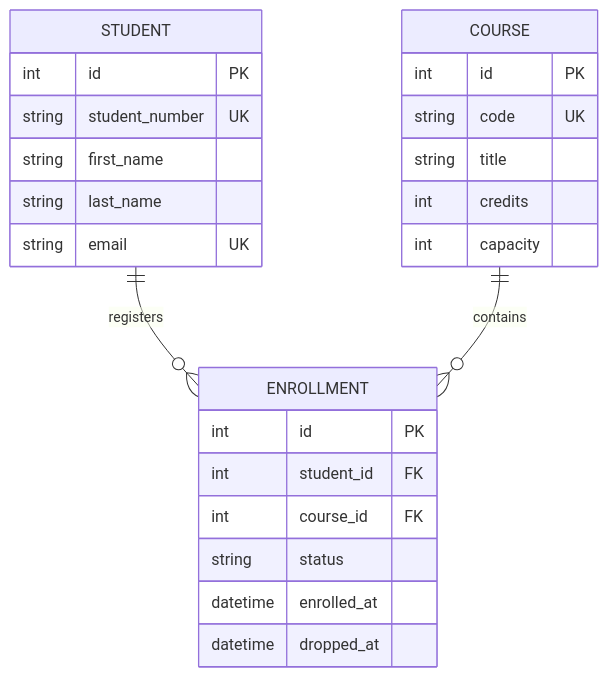
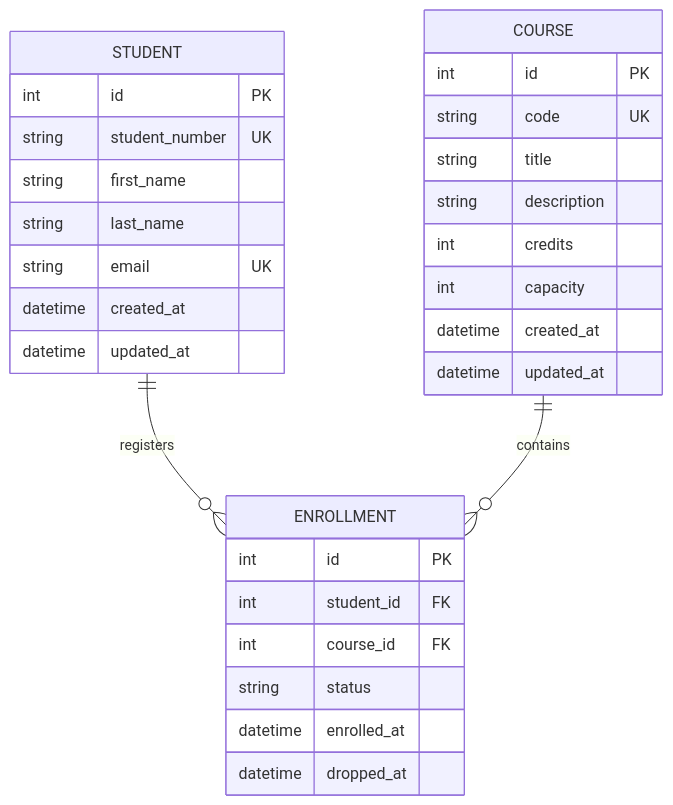
The first of 3 diagrams in README.md (PerpsAkach/course-registration-api), drawn with Mermaid before and after one commit. The commit also changed other lines of this file, not shown here.

````diff
--- a/README.md
+++ b/README.md
@@ -24,30 +23,35 @@
 ```mermaid
 erDiagram
     STUDENT ||--o{ ENROLLMENT : registers
     COURSE  ||--o{ ENROLLMENT : contains
 
     STUDENT {
         int id PK
         string student_number UK
         string first_name
         string last_name
         string email UK
+        datetime created_at
+        datetime updated_at
     }
 
     COURSE {
         int id PK
         string code UK
         string title
+        string description
         int credits
         int capacity
+        datetime created_at
+        datetime updated_at
     }
 
     ENROLLMENT {
         int id PK
         int student_id FK
         int course_id FK
         string status
         datetime enrolled_at
         datetime dropped_at
     }
 ```
````
